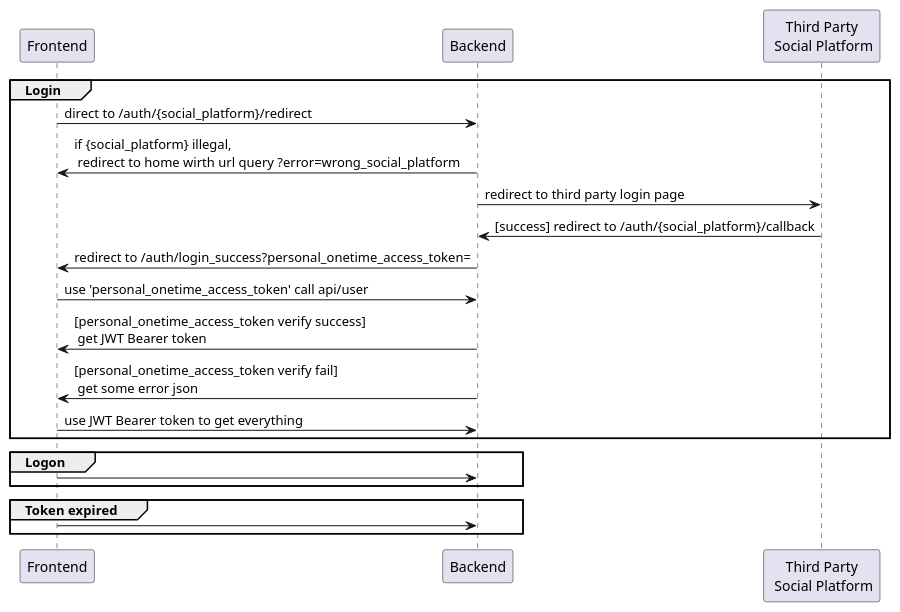
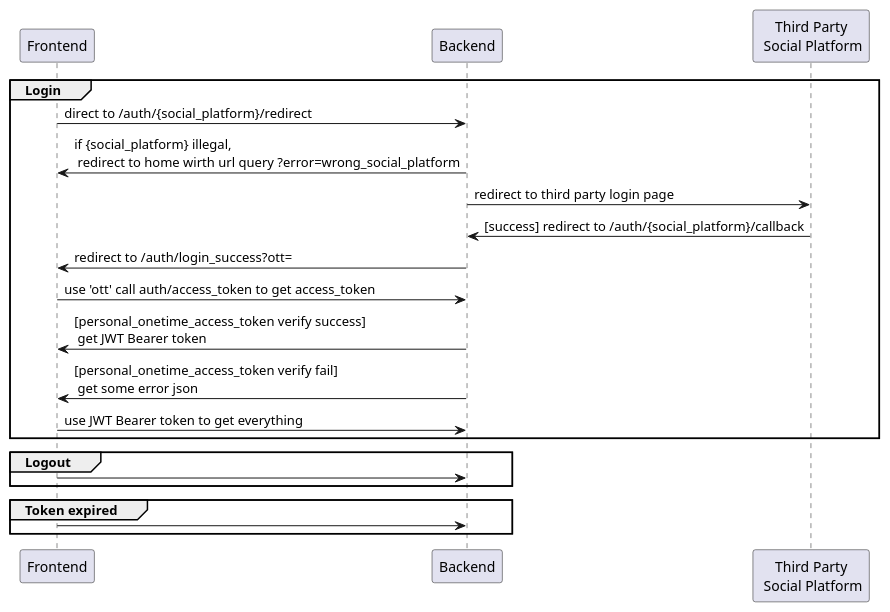
One commit to dopamine908/math-sharing changed the diagram in docs/social-login-flow-chart.puml. Above: the diagram before and after it, drawn with PlantUML.

Commit message:
docs: 修改流程圖
issue: #26

```diff
--- a/docs/social-login-flow-chart.puml
+++ b/docs/social-login-flow-chart.puml
@@ -1,27 +1,27 @@
 @startuml
 
 group Login
     "Frontend" -> "Backend" : direct to /auth/{social_platform}/redirect
     "Frontend" <- "Backend" : if {social_platform} illegal,\n redirect to home wirth url query ?error=wrong_social_platform
 
     "Backend" -> "Third Party\n Social Platform" : redirect to third party login page
     "Third Party\n Social Platform" -> Backend : [success] redirect to /auth/{social_platform}/callback
 
-    "Backend" -> "Frontend" : redirect to /auth/login_success?personal_onetime_access_token=
+    "Backend" -> "Frontend" : redirect to /auth/login_success?ott=
 
-    "Frontend" -> "Backend" : use 'personal_onetime_access_token' call api/user
+    "Frontend" -> "Backend" : use 'ott' call auth/access_token to get access_token
     "Backend" -> "Frontend" : [personal_onetime_access_token verify success]\n get JWT Bearer token
     "Backend" -> "Frontend" : [personal_onetime_access_token verify fail]\n get some error json
 
     "Frontend" -> "Backend" : use JWT Bearer token to get everything
 end
 
-group Logon
+group Logout
     "Frontend" -> "Backend" :
 end
 
 group Token expired
     "Frontend" -> "Backend" :
 end
 
 @enduml
```
